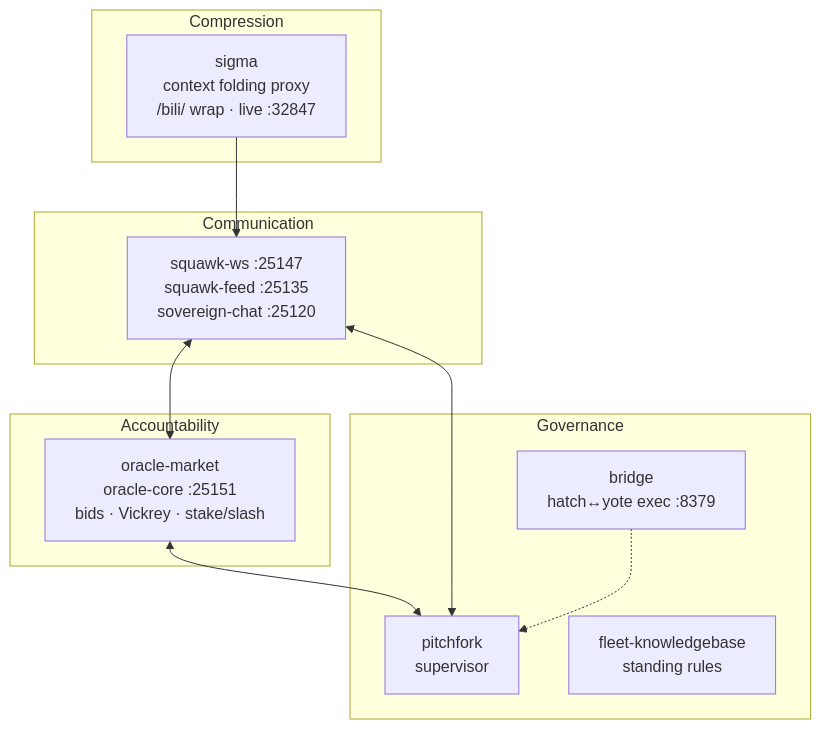
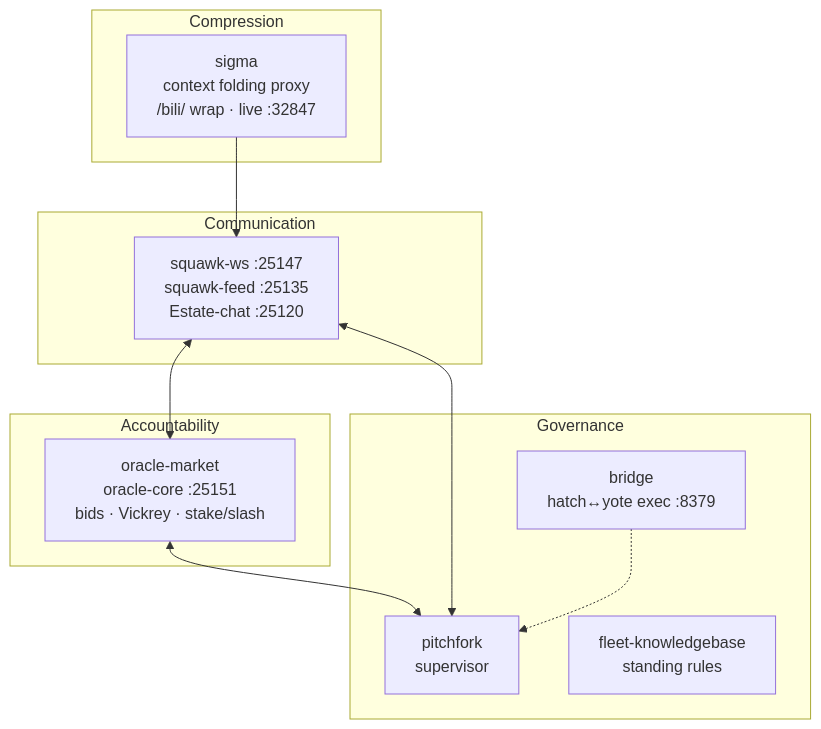
The second of 4 diagrams in salvage/origin-main-20261002/conflicts/README.md (toxicwind/estate), drawn with Mermaid before and after one commit. The commit also changed other lines of this file and 407 other files, not shown here.

Commit message:
rename: purge 'sovereign' -> 'estate' (content, deep depth). Rename live daemons estate-exporter/estate-stream-broker; fix exporter run line to existing estate-exporter.py; ports.env -> ESTATE_* keys

````diff
--- a/salvage/origin-main-20261002/conflicts/README.md
+++ b/salvage/origin-main-20261002/conflicts/README.md
@@ -134,22 +134,22 @@
 ```mermaid
 flowchart TB
     subgraph ctx["Compression"]
         SIG[sigma<br/>context folding proxy<br/>/bili/ wrap · live :32847]
     end
     subgraph comm["Communication"]
-        SQ[squawk-ws :25147<br/>squawk-feed :25135<br/>sovereign-chat :25120]
+        SQ[squawk-ws :25147<br/>squawk-feed :25135<br/>Estate-chat :25120]
     end
     subgraph acct["Accountability"]
         OM[oracle-market<br/>oracle-core :25151<br/>bids · Vickrey · stake/slash]
     end
     subgraph gov["Governance"]
         PF[pitchfork<br/>supervisor]
         BR[bridge<br/>hatch↔yote exec :8379]
         KB[fleet-knowledgebase<br/>standing rules]
     end
     SIG --> SQ
     SQ <--> OM
     OM <--> PF
     SQ <--> PF
     BR -.-> PF
 ```
````
